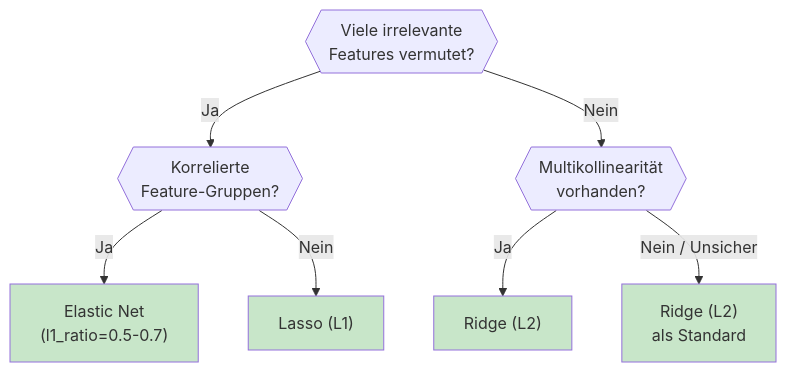
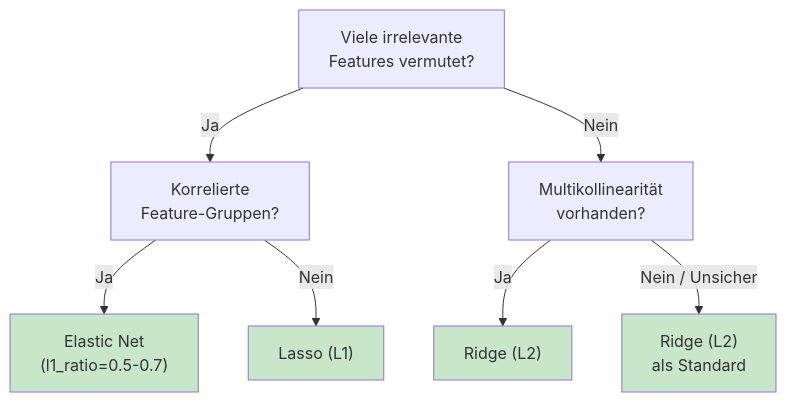
Before and after one commit to ralf-42/ML_Intro: the fifth of 5 diagrams in docs/concepts/evaluate/regularisierung.md, drawn with Mermaid. The commit also changed other lines of this file and 6 other files, not shown here.

````diff
--- a/docs/concepts/evaluate/regularisierung.md
+++ b/docs/concepts/evaluate/regularisierung.md
@@ -638,17 +638,17 @@
 ```mermaid
 flowchart TB
-    Q1{{"Viele irrelevante<br/>Features vermutet?"}}
-    Q1 --> |"Ja"| Q2{{"Korrelierte<br/>Feature-Gruppen?"}}
-    Q1 --> |"Nein"| Q3{{"Multikollinearität<br/>vorhanden?"}}
+    Q1["Viele irrelevante<br/>Features vermutet?"]
+    Q1 --> |"Ja"| Q2["Korrelierte<br/>Feature-Gruppen?"]
+    Q1 --> |"Nein"| Q3["Multikollinearität<br/>vorhanden?"]
 
     Q2 --> |"Ja"| A1["Elastic Net<br/>(l1_ratio=0.5-0.7)"]
     Q2 --> |"Nein"| A2["Lasso (L1)"]
 
     Q3 --> |"Ja"| A3["Ridge (L2)"]
     Q3 --> |"Nein / Unsicher"| A4["Ridge (L2)<br/>als Standard"]
 
     style A1 fill:#c8e6c9
     style A2 fill:#c8e6c9
     style A3 fill:#c8e6c9
     style A4 fill:#c8e6c9
 ```
````
